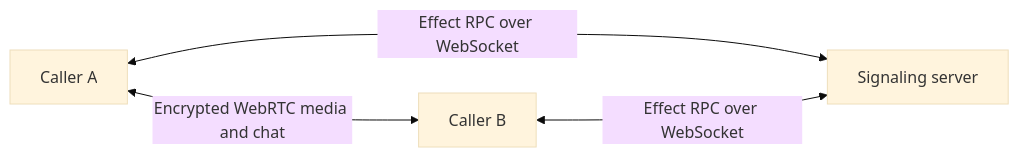
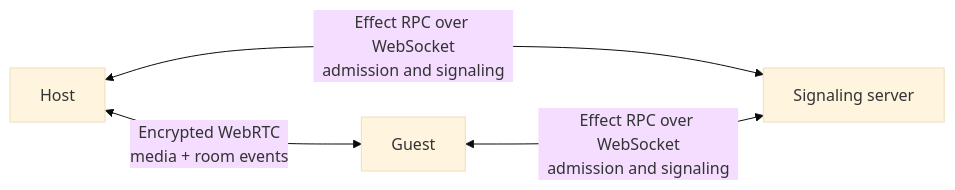
The first of 3 diagrams in README.md (nikhilsnayak/tether), drawn with Mermaid (base theme) before and after one commit. The commit also changed other lines of this file and 21 other files, not shown here.

````diff
--- a/README.md
+++ b/README.md
@@ -61,6 +107,6 @@
 ```mermaid
 flowchart LR
-    A[Caller A] <-->|Effect RPC over WebSocket| S[Signaling server]
-    B[Caller B] <-->|Effect RPC over WebSocket| S
-    A <-->|Encrypted WebRTC media and chat| B
+    H[Host] <-->|Effect RPC over WebSocket<br/>admission and signaling| S[Signaling server]
+    G[Guest] <-->|Effect RPC over WebSocket<br/>admission and signaling| S
+    H <-->|Encrypted WebRTC<br/>media + room events| G
 ```
````
